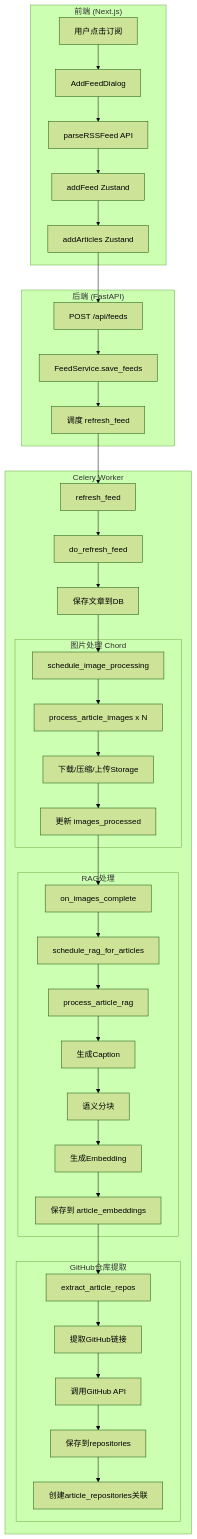
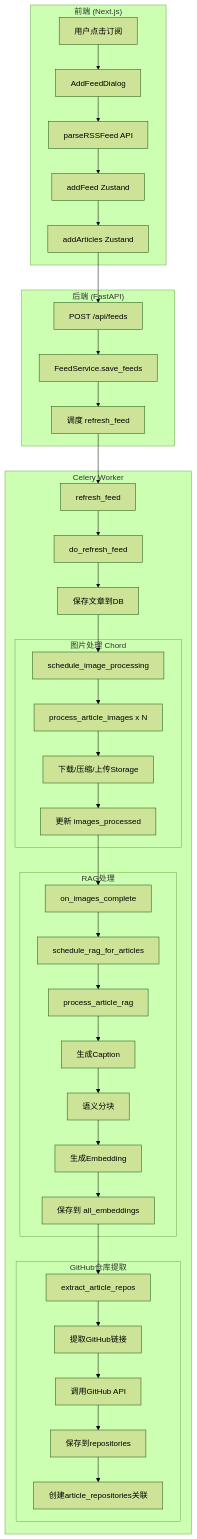
Before and after one commit to InvisibleQAQ/SaveHub_Supabase: the first of 6 diagrams in docs/RSS_subscribe/RSS_FLOW_COMPLETE.md, drawn with Mermaid (forest theme). The commit also changed other lines of this file and 5 other files, not shown here.

First line of the commit message:
refactor(db): rename article_embeddings table to all_embeddings

````diff
--- a/docs/RSS_subscribe/RSS_FLOW_COMPLETE.md
+++ b/docs/RSS_subscribe/RSS_FLOW_COMPLETE.md
@@ -51,48 +51,48 @@
 ```mermaid
 flowchart TB
     subgraph Frontend["前端 (Next.js)"]
         A[用户点击订阅] --> B[AddFeedDialog]
         B --> C[parseRSSFeed API]
         C --> D[addFeed Zustand]
         D --> E[addArticles Zustand]
     end
 
     subgraph Backend["后端 (FastAPI)"]
         F[POST /api/feeds] --> G[FeedService.save_feeds]
         G --> H[调度 refresh_feed]
     end
 
     subgraph Celery["Celery Worker"]
         I[refresh_feed] --> J[do_refresh_feed]
         J --> K[保存文章到DB]
         K --> L[schedule_image_processing]
 
         subgraph ImageProcessing["图片处理 Chord"]
             L --> M[process_article_images x N]
             M --> N[下载/压缩/上传Storage]
             N --> O[更新 images_processed]
         end
 
         O --> P[on_images_complete]
 
         subgraph RAGProcessing["RAG处理"]
             P --> Q[schedule_rag_for_articles]
             Q --> R[process_article_rag]
             R --> S[生成Caption]
             S --> T[语义分块]
             T --> U[生成Embedding]
-            U --> V[保存到 article_embeddings]
+            U --> V[保存到 all_embeddings]
         end
 
         subgraph RepoExtraction["GitHub仓库提取"]
             V --> W[extract_article_repos]
             W --> X[提取GitHub链接]
             X --> Y[调用GitHub API]
             Y --> Z[保存到repositories]
             Z --> AA[创建article_repositories关联]
         end
     end
 
     E --> F
     H --> I
 ```
````
